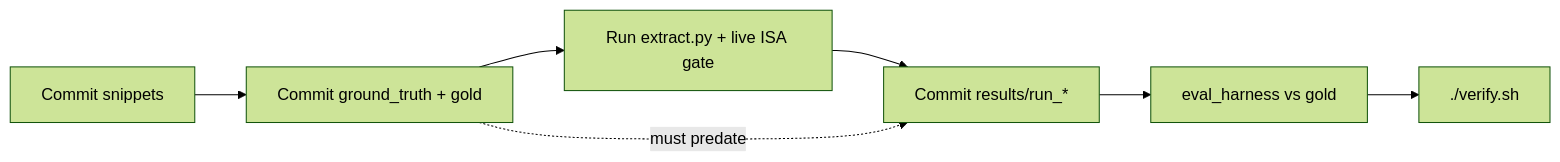
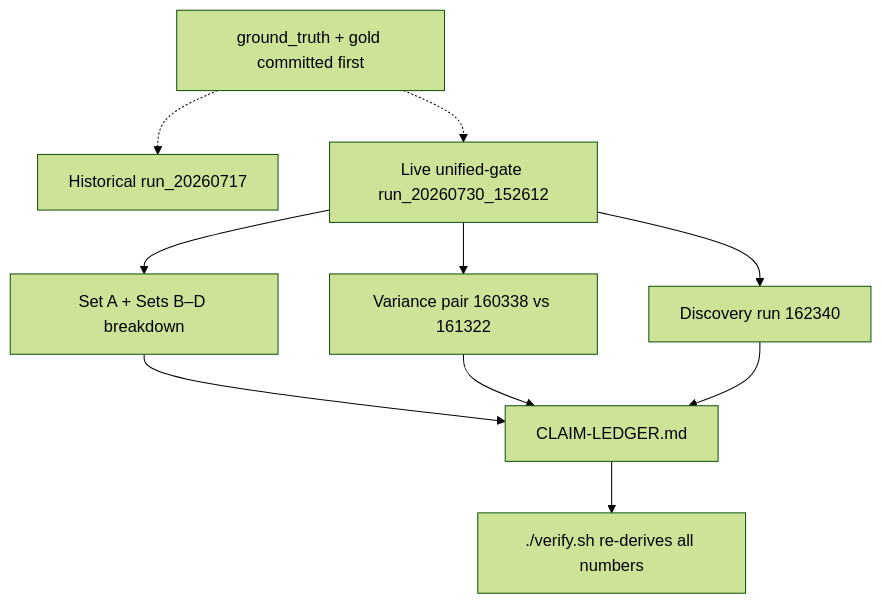
The second of 2 diagrams in README.md (Hiteshsai007/riscv-param-extractor), drawn with Mermaid (forest theme) before and after one commit. The commit also changed other lines of this file and 5 other files, not shown here.

Commit message:
README: verification-first + diagrams + findings

````diff
--- a/README.md
+++ b/README.md
@@ -86,9 +82,12 @@
 ```mermaid
-flowchart LR
-  A[Commit snippets] --> B[Commit ground_truth + gold]
-  B --> C[Run extract.py + live ISA gate]
-  C --> D[Commit results/run_*]
-  D --> E[eval_harness vs gold]
-  E --> F["./verify.sh"]
-  B -.->|must predate| D
+flowchart TD
+  GT[ground_truth + gold committed first] -.-> R1[Historical run_20260717]
+  GT -.-> R2[Live unified-gate run_20260730_152612]
+  R2 --> BD[Set A + Sets B–D breakdown]
+  R2 --> VAR[Variance pair 160338 vs 161322]
+  R2 --> DISC[Discovery run 162340]
+  BD --> LEDGER[CLAIM-LEDGER.md]
+  VAR --> LEDGER
+  DISC --> LEDGER
+  LEDGER --> VERIFY[./verify.sh re-derives all numbers]
 ```
````
